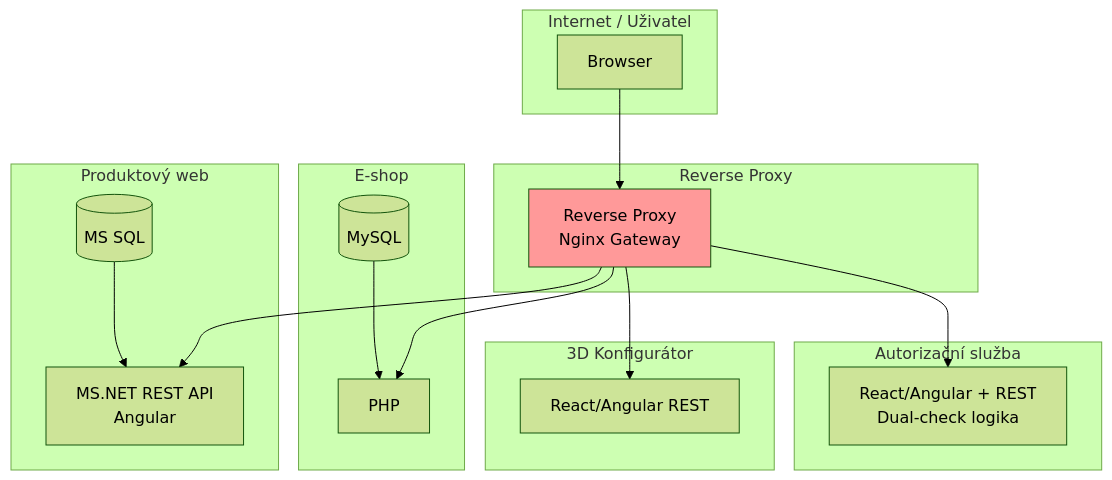
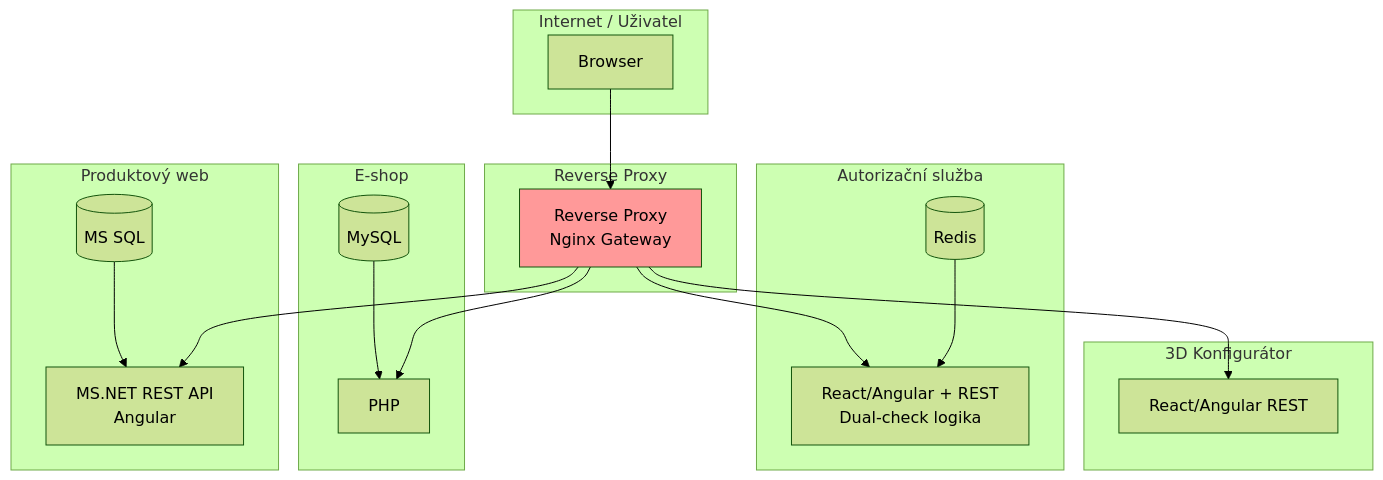
The second of 2 diagrams in README.md (VitSimon/UkazkovaAnalyzaMigracniProjekt), drawn with Mermaid (forest theme) before and after one commit. The commit also changed other lines of this file, not shown here.

````diff
--- a/README.md
+++ b/README.md
@@ -102,40 +102,42 @@
 ```mermaid
 graph TD
     subgraph internet["Internet / Uživatel"]
         User[Browser]
     end
     
     User --> RP[Reverse Proxy<br/>Nginx Gateway]
     
     subgraph rp["Reverse Proxy"]
         RP
     end
     
     subgraph auth["Autorizační služba"]
         AS[React/Angular + REST<br/>Dual-check logika]
+        DB3[(Redis)]
     end
     
     subgraph eshop["E-shop"]
         DB1[(MySQL)]
         PHP1[PHP]
         DB1 --> PHP1
     end
     
     subgraph produweb["Produktový web"]
         DB2[(MS SQL)]
         NET[MS.NET REST API<br/>Angular]
         DB2 --> NET
     end
     
     subgraph konfigurator["3D Konfigurátor"]
         K[React/Angular REST]
     end
     
     RP --> AS
+    DB3 --> AS
     RP --> PHP1
     RP --> NET
     RP --> K
     
     classDef gateway fill:#ff9999
     class RP gateway
 ```
````
